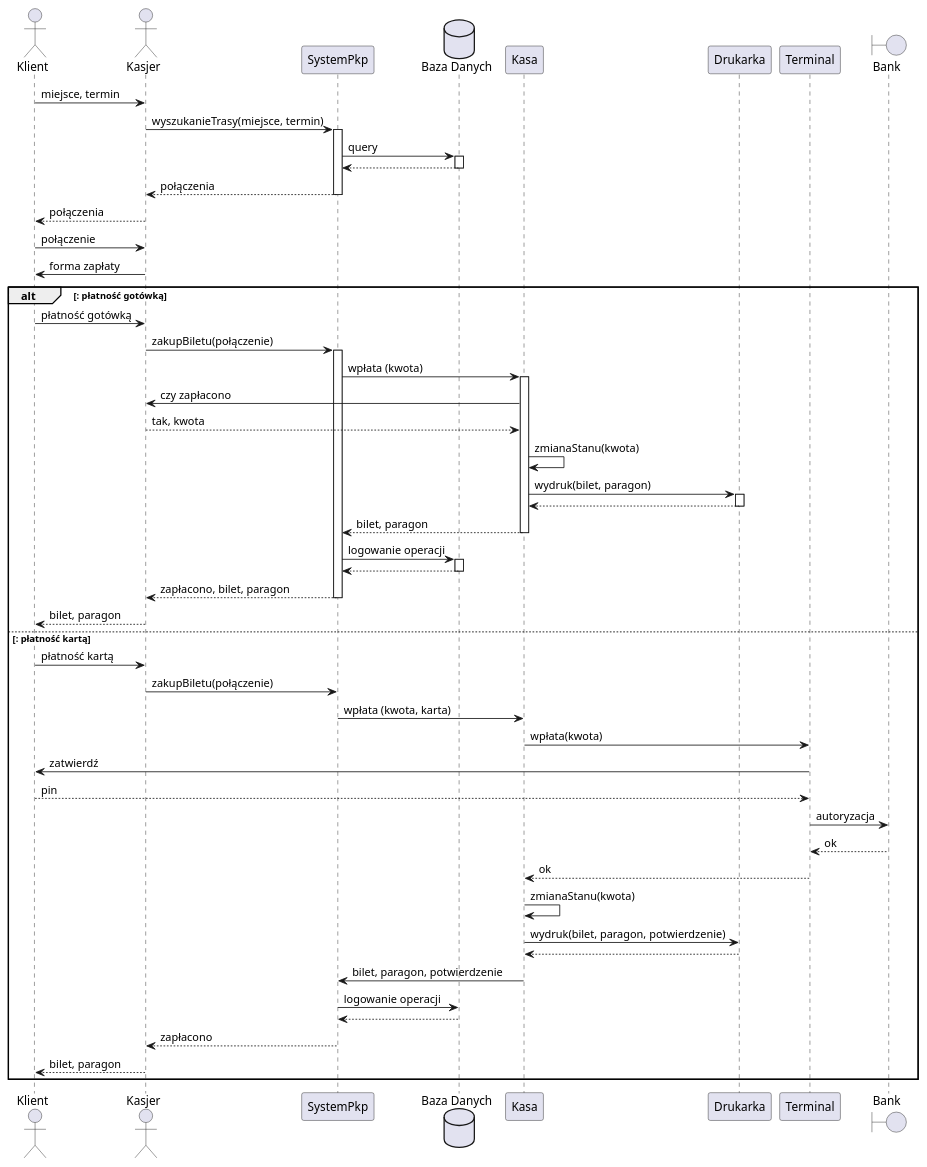
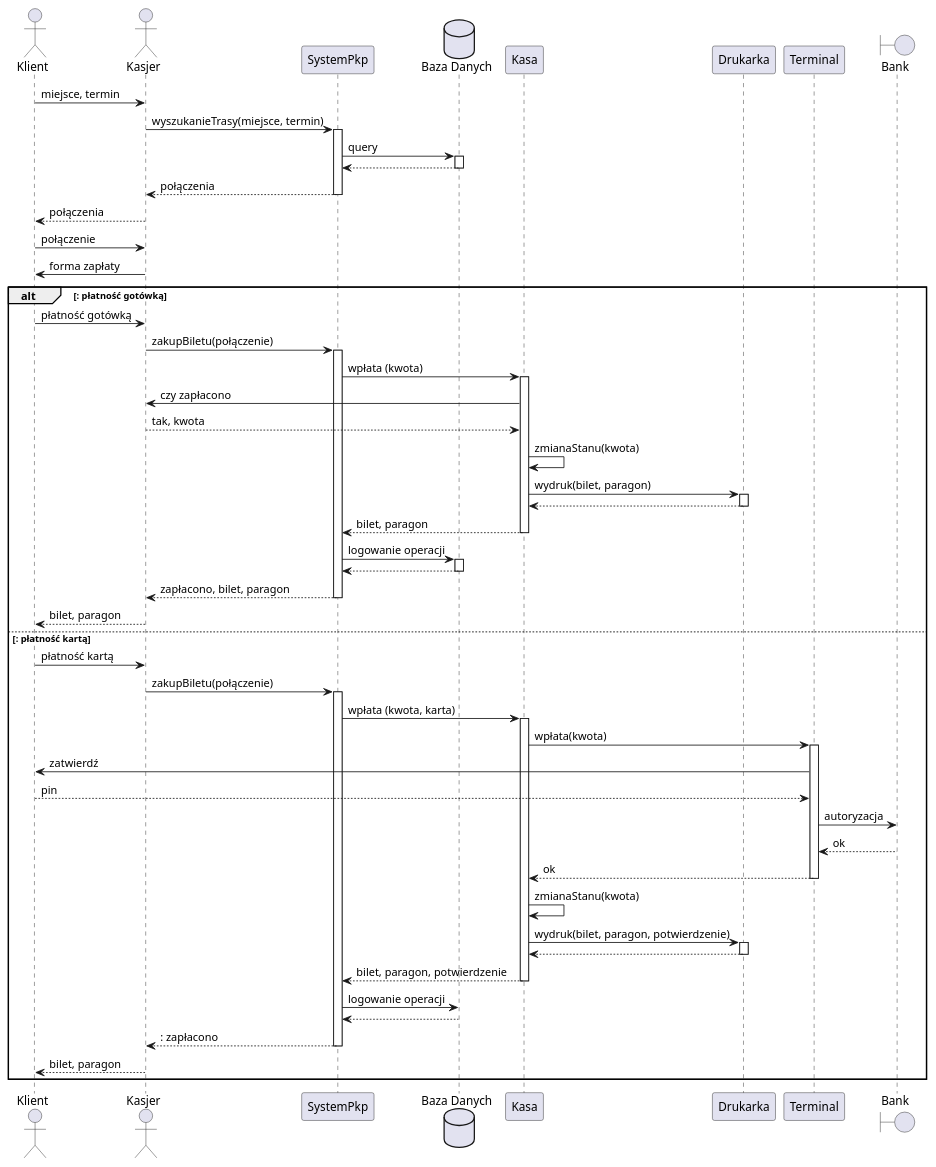
One commit to kpodlaski/ProjektowanieObiektowe2021 changed the diagram in zaoczne/G2/pkp_sequence_diaram.plantuml. Above: the diagram before and after it, drawn with PlantUML.

Commit message:
diagram sekwencji, G2, v2

```diff
--- a/zaoczne/G2/pkp_sequence_diaram.plantuml
+++ b/zaoczne/G2/pkp_sequence_diaram.plantuml
@@ -1,61 +1,65 @@
 @startuml
 
 actor Klient
 actor Kasjer
 
 Klient -> Kasjer : miejsce, termin
 
 Kasjer -> SystemPkp : wyszukanieTrasy(miejsce, termin)
 activate SystemPkp
 database "Baza Danych" as DB 
 SystemPkp -> DB : query
 activate DB
 return 
 return połączenia
 Kasjer --> Klient: połączenia
 Klient -> Kasjer: połączenie 
 
 Kasjer -> Klient : forma zapłaty
 alt : płatność gotówką
     Klient -> Kasjer : płatność gotówką
     Kasjer -> SystemPkp : zakupBiletu(połączenie)
     activate SystemPkp
     SystemPkp -> Kasa : wpłata (kwota)
     activate Kasa
     Kasa -> Kasjer : czy zapłacono
     Kasjer --> Kasa : tak, kwota
     Kasa -> Kasa : zmianaStanu(kwota)
     Kasa -> Drukarka : wydruk(bilet, paragon)
     activate Drukarka
     return
     return bilet, paragon
     SystemPkp -> DB: logowanie operacji
     activate DB
     return
     return zapłacono, bilet, paragon
     Kasjer --> Klient : bilet, paragon
-''Dodać Aktywację poniżej
+
 else : płatność kartą
     Klient -> Kasjer : płatność kartą
     Kasjer -> SystemPkp : zakupBiletu(połączenie)
+    activate SystemPkp
     SystemPkp -> Kasa : wpłata (kwota, karta)
+    activate Kasa
     Kasa -> Terminal : wpłata(kwota)
+    activate Terminal
     Terminal -> Klient : zatwierdź
-    return pin
+    Klient --> Terminal : pin
     boundary Bank 
     Terminal -> Bank : autoryzacja
+    Bank --> Terminal : ok
     return ok
-    Terminal --> Kasa : ok
     Kasa -> Kasa : zmianaStanu(kwota)
     Kasa -> Drukarka : wydruk(bilet, paragon, potwierdzenie)
-    return
-    Kasa -> SystemPkp: bilet, paragon, potwierdzenie
+    activate Drukarka
+    return 
+    return bilet, paragon, potwierdzenie
     SystemPkp -> DB: logowanie operacji
-    return
-    SystemPkp --> Kasjer : zapłacono
+    DB --> SystemPkp
+    return : zapłacono
     Kasjer --> Klient : bilet, paragon
 end
 
 
 
 @enduml
```
